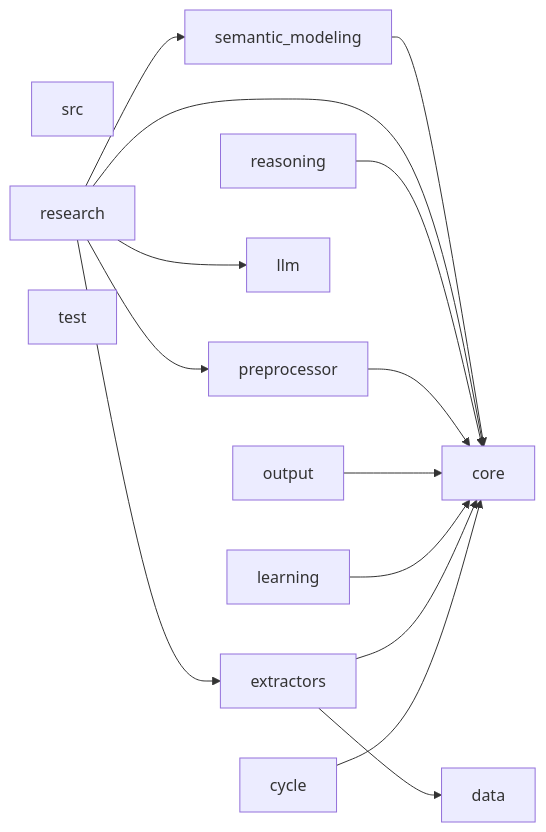
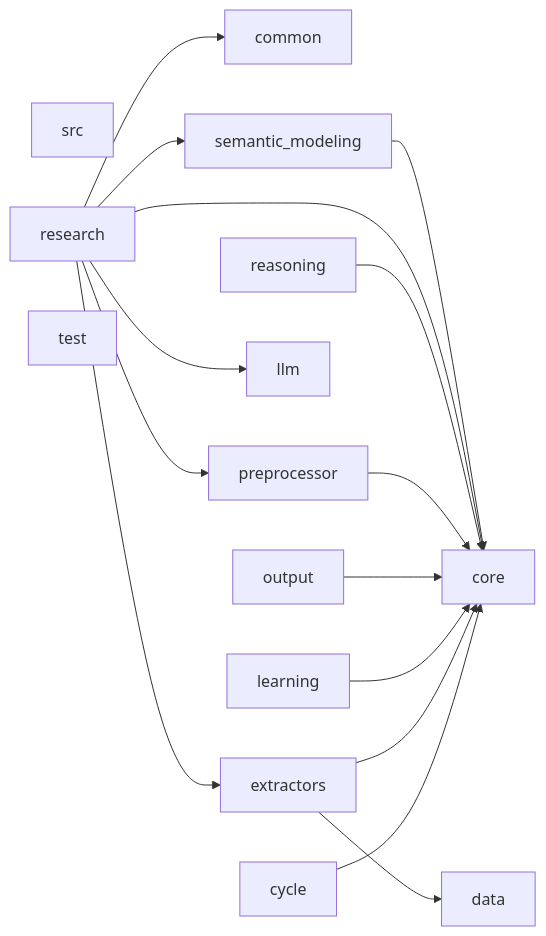
Before and after one commit to guose1314/tcmautoresearch: the diagram in docs/architecture/dependency-graph.mmd, drawn with Mermaid. The commit also changed 2 other files, not shown here.

Commit message:
Update dependency graph

```diff
--- a/docs/architecture/dependency-graph.mmd
+++ b/docs/architecture/dependency-graph.mmd
@@ -1,27 +1,29 @@
 flowchart LR
     src["src"]
+    src_common["common"]
     src_core["core"]
     src_cycle["cycle"]
     src_data["data"]
     src_extractors["extractors"]
     src_learning["learning"]
     src_llm["llm"]
     src_output["output"]
     src_preprocessor["preprocessor"]
     src_reasoning["reasoning"]
     src_research["research"]
     src_semantic_modeling["semantic_modeling"]
     src_test["test"]
     src_cycle --> src_core
     src_extractors --> src_core
     src_extractors --> src_data
     src_learning --> src_core
     src_output --> src_core
     src_preprocessor --> src_core
     src_reasoning --> src_core
+    src_research --> src_common
     src_research --> src_core
     src_research --> src_extractors
     src_research --> src_llm
     src_research --> src_preprocessor
     src_research --> src_semantic_modeling
     src_semantic_modeling --> src_core
```
